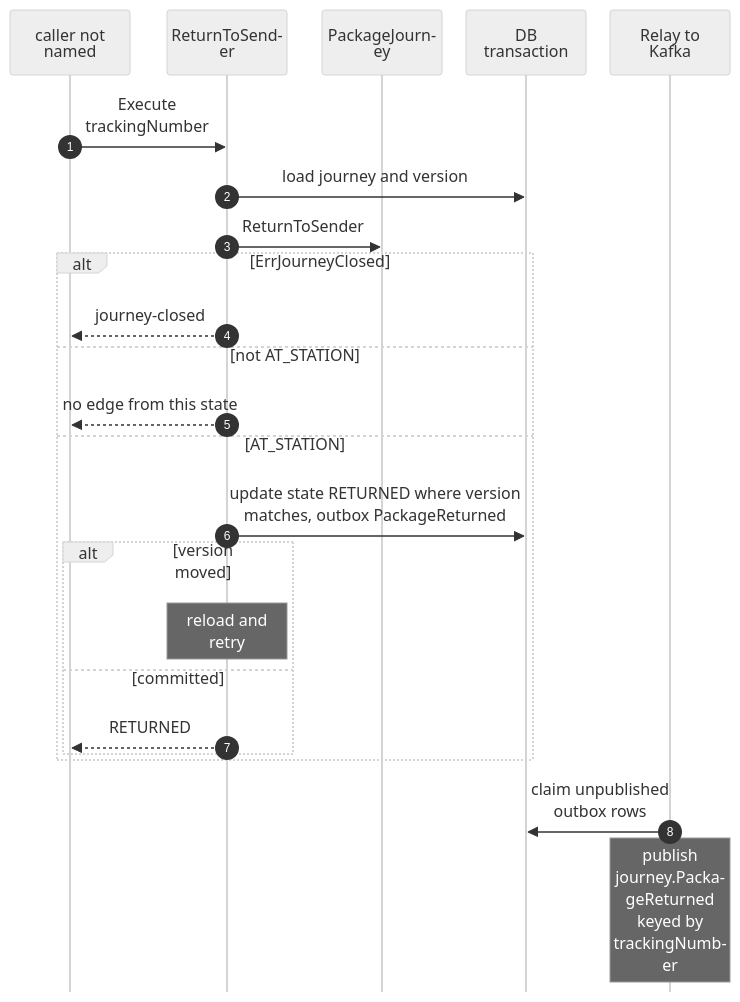
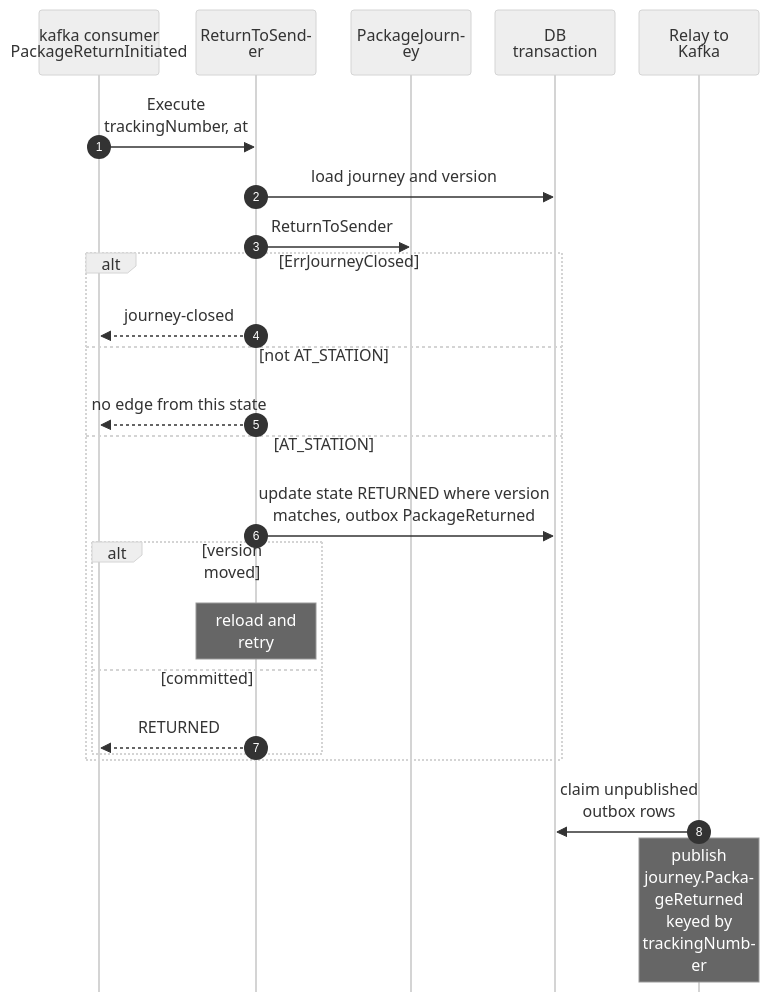
Before and after one commit to IQVO/warehouse-docs: the fifth of 6 diagrams in network/docs/contexts/shipping-and-tracking/sequence-diagrams.md, drawn with Mermaid (neutral theme). The commit also changed other lines of this file and 9 other files, not shown here.

Commit message:
network(shipping-and-tracking): align model and pack with ADR 0002/0004 (commit-time CloudEvents time, SHIPMENT_CONFIRMED scan, void rules, return/lost triggers, integration consumers of LabelVoided/PackageReturned/PackageLost)

````diff
--- a/network/docs/contexts/shipping-and-tracking/sequence-diagrams.md
+++ b/network/docs/contexts/shipping-and-tracking/sequence-diagrams.md
@@ -214,27 +224,27 @@
 ```mermaid
 %%{init: {"sequence": {"wrap": true, "width": 120, "actorMargin": 24, "messageMargin": 28, "boxMargin": 6, "noteMargin": 6, "mirrorActors": false}}}%%
 sequenceDiagram
     autonumber
-    participant C as caller not named
+    participant C as kafka consumer<br/>PackageReturnInitiated
     participant UC as ReturnToSender
     participant A as PackageJourney
     participant DB as DB transaction
     participant RL as Relay to Kafka
-    C->>UC: Execute trackingNumber
+    C->>UC: Execute trackingNumber, at
     UC->>DB: load journey and version
     UC->>A: ReturnToSender
     alt ErrJourneyClosed
         UC-->>C: journey-closed
     else not AT_STATION
         UC-->>C: no edge from this state
     else AT_STATION
         UC->>DB: update state RETURNED where version matches, outbox PackageReturned
         alt version moved
             Note over UC: reload and retry
         else committed
             UC-->>C: RETURNED
         end
     end
     RL->>DB: claim unpublished outbox rows
     Note over RL: publish journey.PackageReturned keyed by trackingNumber
 ```
````
